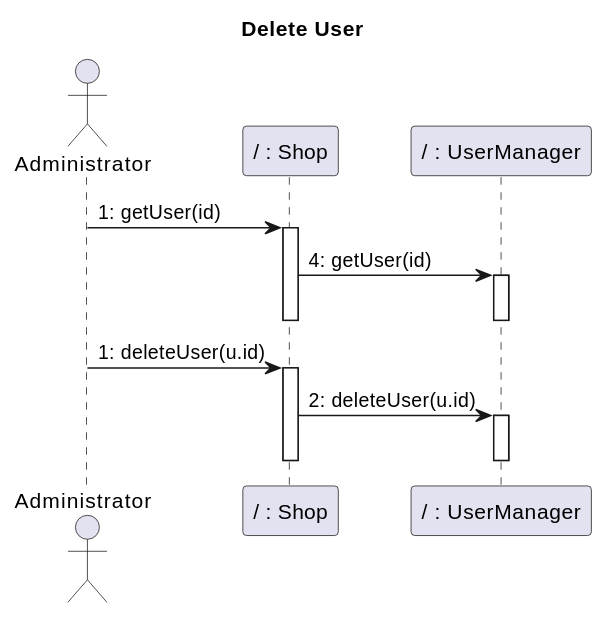
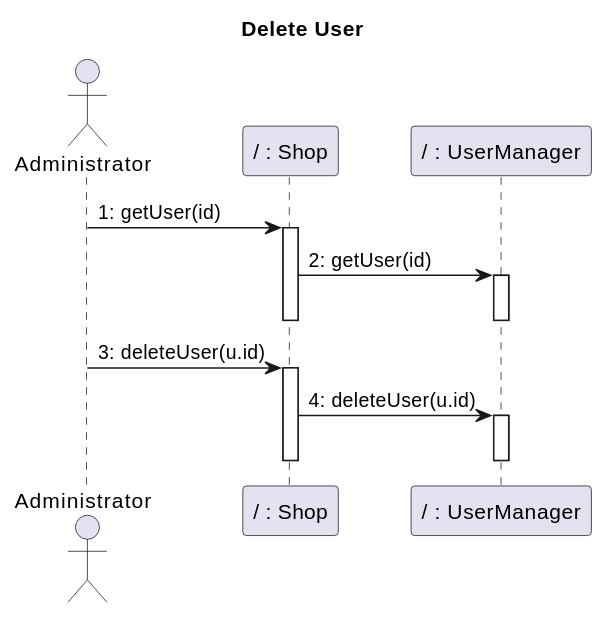
One commit to nicolabattaglino/ezshop changed the ninth of 30 diagrams in Deliverables/DesignDocument.md. Above: the diagram before and after it, drawn with PlantUML. The commit also changed other lines of this file, not shown here.

````diff
--- a/Deliverables/DesignDocument.md
+++ b/Deliverables/DesignDocument.md
@@ -681,23 +681,23 @@
 ```plantuml
 @startuml
 title Delete User
 actor Administrator
 participant "/ : Shop" as Shop
 participant "/ : UserManager" as UserManager
 
 Administrator -> Shop: 1: getUser(id)
 activate Shop
-Shop -> UserManager: 4: getUser(id)
+Shop -> UserManager: 2: getUser(id)
 activate UserManager
 deactivate UserManager
 deactivate Shop
 
-Administrator -> Shop: 1: deleteUser(u.id)
+Administrator -> Shop: 3: deleteUser(u.id)
 activate Shop
-Shop -> UserManager: 2: deleteUser(u.id)
+Shop -> UserManager: 4: deleteUser(u.id)
 activate UserManager
 deactivate UserManager
 deactivate Shop
 
 @enduml
 ```
````
